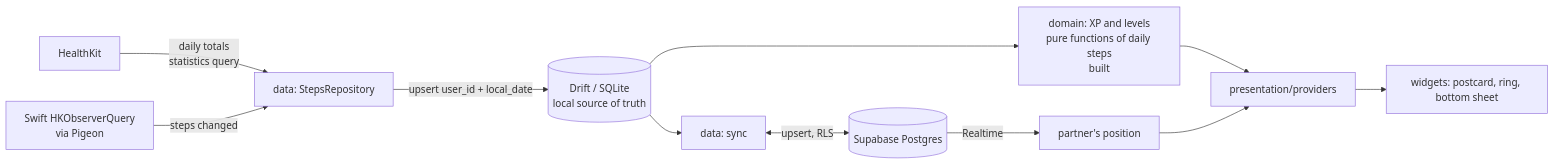
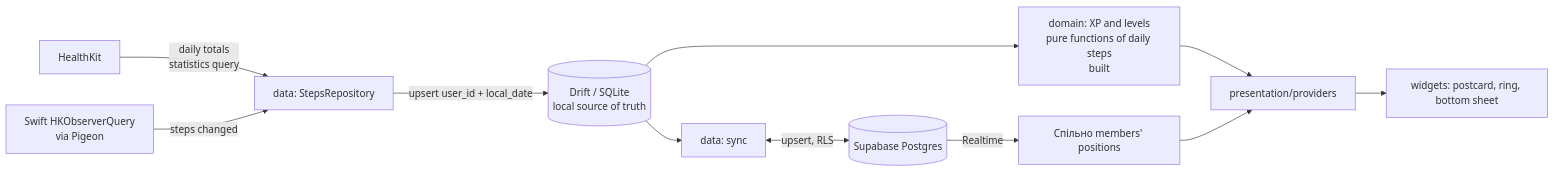
One commit to korotinmain/shlyakh-app changed the diagram in docs/ARCHITECTURE.md. Above: the diagram before and after it, drawn with Mermaid. The commit also changed other lines of this file and 3 other files, not shown here.

````diff
--- a/docs/ARCHITECTURE.md
+++ b/docs/ARCHITECTURE.md
@@ -73,13 +73,13 @@
 ```mermaid
 flowchart LR
   HK[HealthKit] -->|daily totals<br/>statistics query| SR[data: StepsRepository]
   OBS[Swift HKObserverQuery<br/>via Pigeon] -->|"steps changed"| SR
   SR -->|upsert user_id + local_date| DB[(Drift / SQLite<br/>local source of truth)]
   DB --> XP[domain: XP and levels<br/>pure functions of daily steps<br/>built]
   DB --> SYNC[data: sync]
   SYNC <-->|upsert, RLS| SB[(Supabase Postgres)]
-  SB -->|Realtime| PARTNER[partner's position]
+  SB -->|Realtime| MEMBERS[Спільно members' positions]
   XP --> P[presentation/providers]
-  PARTNER --> P
+  MEMBERS --> P
   P --> UI[widgets: postcard, ring, bottom sheet]
 ```
````
